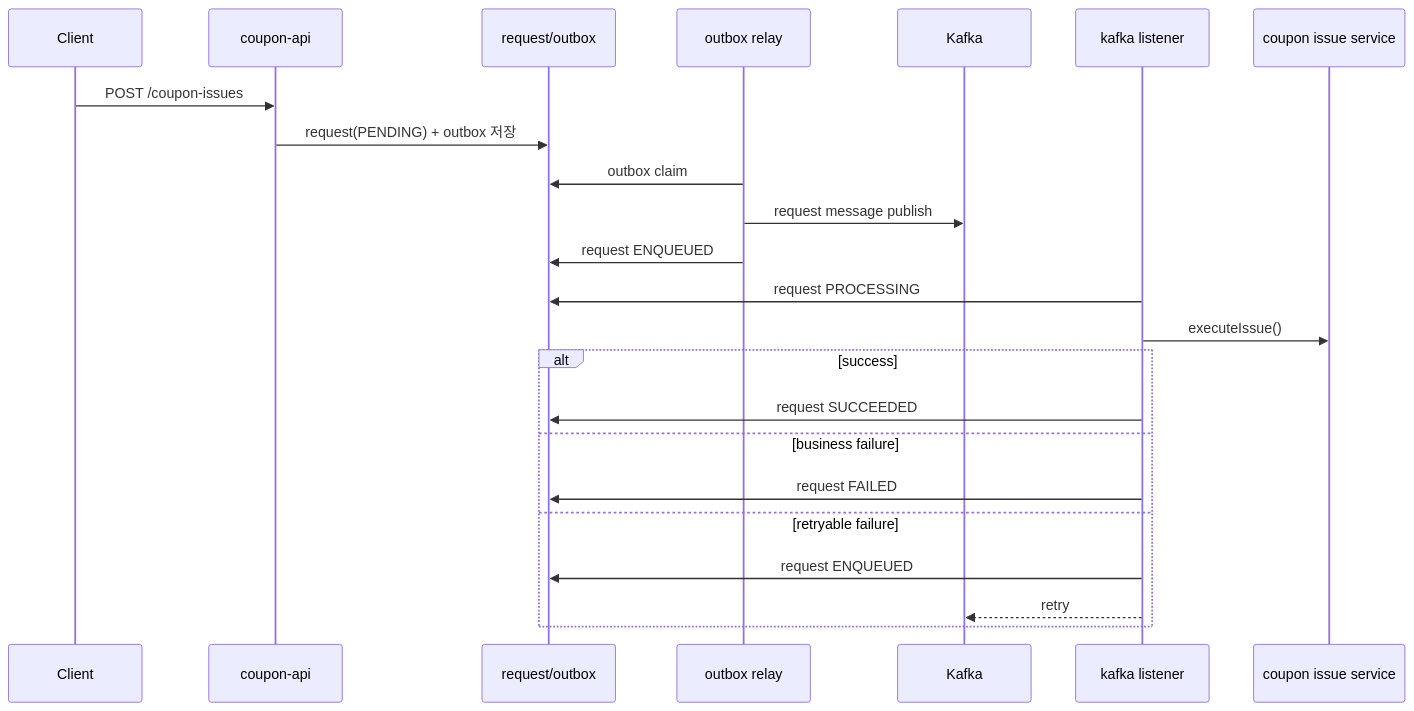
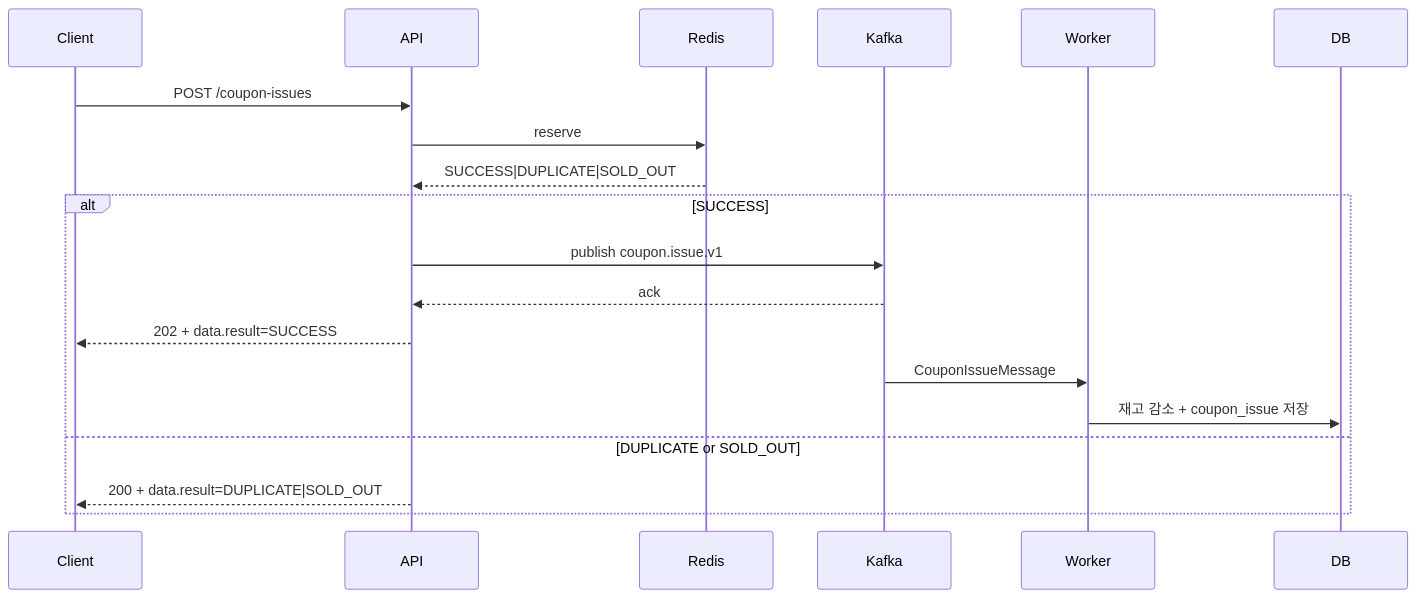
Before and after one commit to char-labs/coupon-system-design-kt: the diagram in coupon/coupon-worker/docs/kafka-learning-guide.md, drawn with Mermaid. The commit also changed other lines of this file and 12 other files, not shown here.

Commit message:
[Docs] Refresh Kafka and load-test guides for the current issue flow

````diff
--- a/coupon/coupon-worker/docs/kafka-learning-guide.md
+++ b/coupon/coupon-worker/docs/kafka-learning-guide.md
@@ -270,26 +38,22 @@
 ```mermaid
 sequenceDiagram
     participant Client
-    participant API as coupon-api
-    participant DB as request/outbox
-    participant Relay as outbox relay
+    participant API
+    participant Redis
     participant Kafka
-    participant Consumer as kafka listener
-    participant Issue as coupon issue service
+    participant Worker
+    participant DB
 
     Client->>API: POST /coupon-issues
-    API->>DB: request(PENDING) + outbox 저장
-    Relay->>DB: outbox claim
-    Relay->>Kafka: request message publish
-    Relay->>DB: request ENQUEUED
-    Consumer->>DB: request PROCESSING
-    Consumer->>Issue: executeIssue()
-    alt success
-        Consumer->>DB: request SUCCEEDED
-    else business failure
-        Consumer->>DB: request FAILED
-    else retryable failure
-        Consumer->>DB: request ENQUEUED
-        Consumer-->>Kafka: retry
+    API->>Redis: reserve
+    Redis-->>API: SUCCESS|DUPLICATE|SOLD_OUT
+    alt SUCCESS
+        API->>Kafka: publish coupon.issue.v1
+        Kafka-->>API: ack
+        API-->>Client: 202 + data.result=SUCCESS
+        Kafka->>Worker: CouponIssueMessage
+        Worker->>DB: 재고 감소 + coupon_issue 저장
+    else DUPLICATE or SOLD_OUT
+        API-->>Client: 200 + data.result=DUPLICATE|SOLD_OUT
     end
 ```
````
